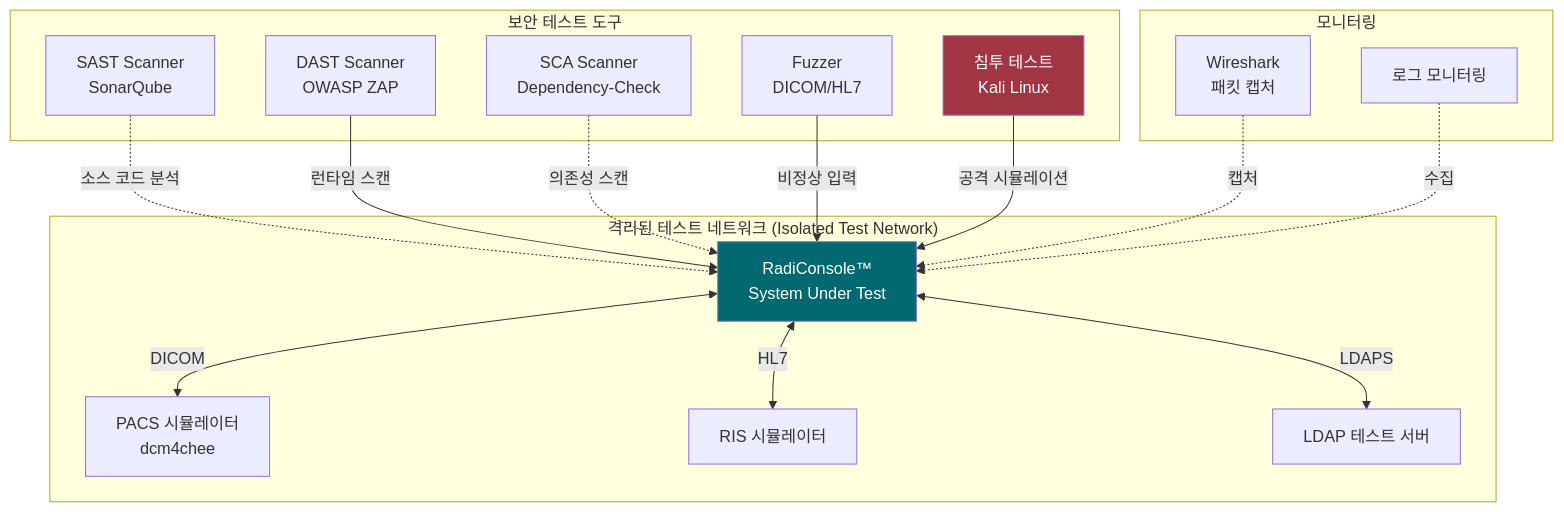
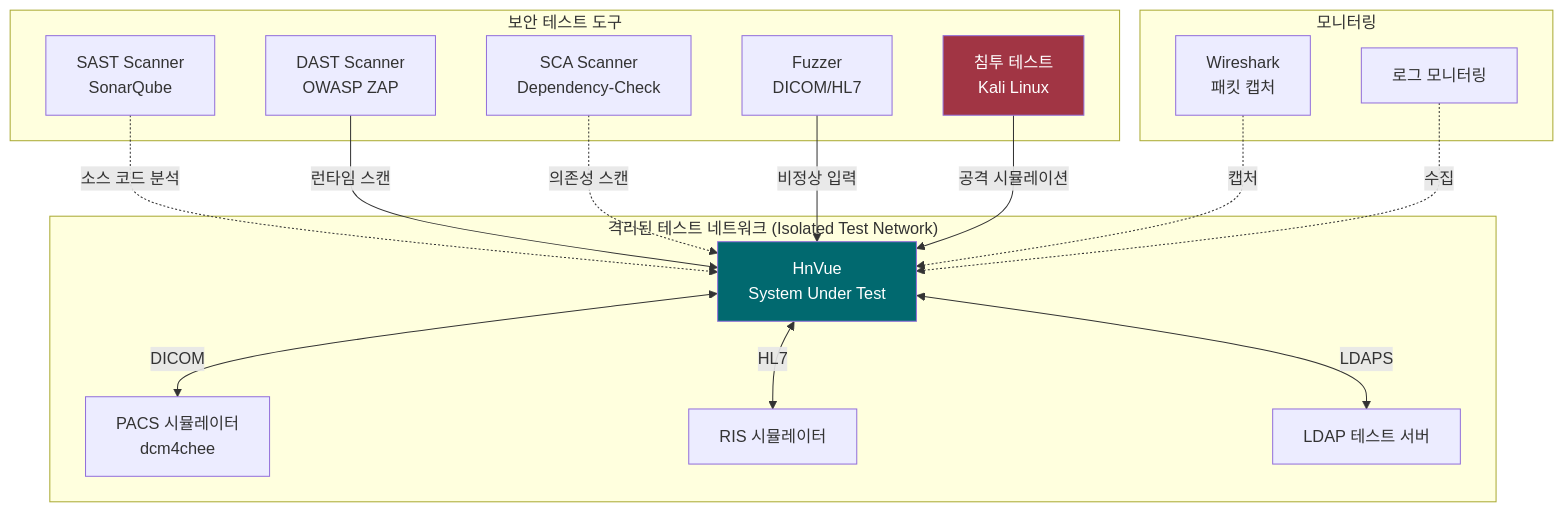
One commit to holee9/console-gui changed the third of 5 diagrams in docs/testing/DOC-018_CyberTestPlan_v1.0.md. Above: the diagram before and after it, drawn with Mermaid. The commit also changed other lines of this file and 40 other files, not shown here.

````diff
--- a/docs/testing/DOC-018_CyberTestPlan_v1.0.md
+++ b/docs/testing/DOC-018_CyberTestPlan_v1.0.md
@@ -279,34 +279,34 @@
 ```mermaid
 graph TB
     subgraph "격리된 테스트 네트워크 (Isolated Test Network)"
-        SUT[RadiConsole™<br/>System Under Test]
+        SUT[HnVue<br/>System Under Test]
         PACS_T[PACS 시뮬레이터<br/>dcm4chee]
         RIS_T[RIS 시뮬레이터]
         LDAP_T[LDAP 테스트 서버]
     end
     subgraph "보안 테스트 도구"
         SAST_T[SAST Scanner<br/>SonarQube]
         DAST_T[DAST Scanner<br/>OWASP ZAP]
         SCA_T[SCA Scanner<br/>Dependency-Check]
         FUZZ[Fuzzer<br/>DICOM/HL7]
         PEN[침투 테스트<br/>Kali Linux]
     end
     subgraph "모니터링"
         WIRE[Wireshark<br/>패킷 캡처]
         LOG_M[로그 모니터링]
     end
     
     SAST_T -.->|소스 코드 분석| SUT
     DAST_T -->|런타임 스캔| SUT
     SCA_T -.->|의존성 스캔| SUT
     FUZZ -->|비정상 입력| SUT
     PEN -->|공격 시뮬레이션| SUT
     SUT <-->|DICOM| PACS_T
     SUT <-->|HL7| RIS_T
     SUT <-->|LDAPS| LDAP_T
     WIRE -.->|캡처| SUT
     LOG_M -.->|수집| SUT
     
     style SUT fill:#01696F,color:#fff
     style PEN fill:#A13544,color:#fff
 ```
````
